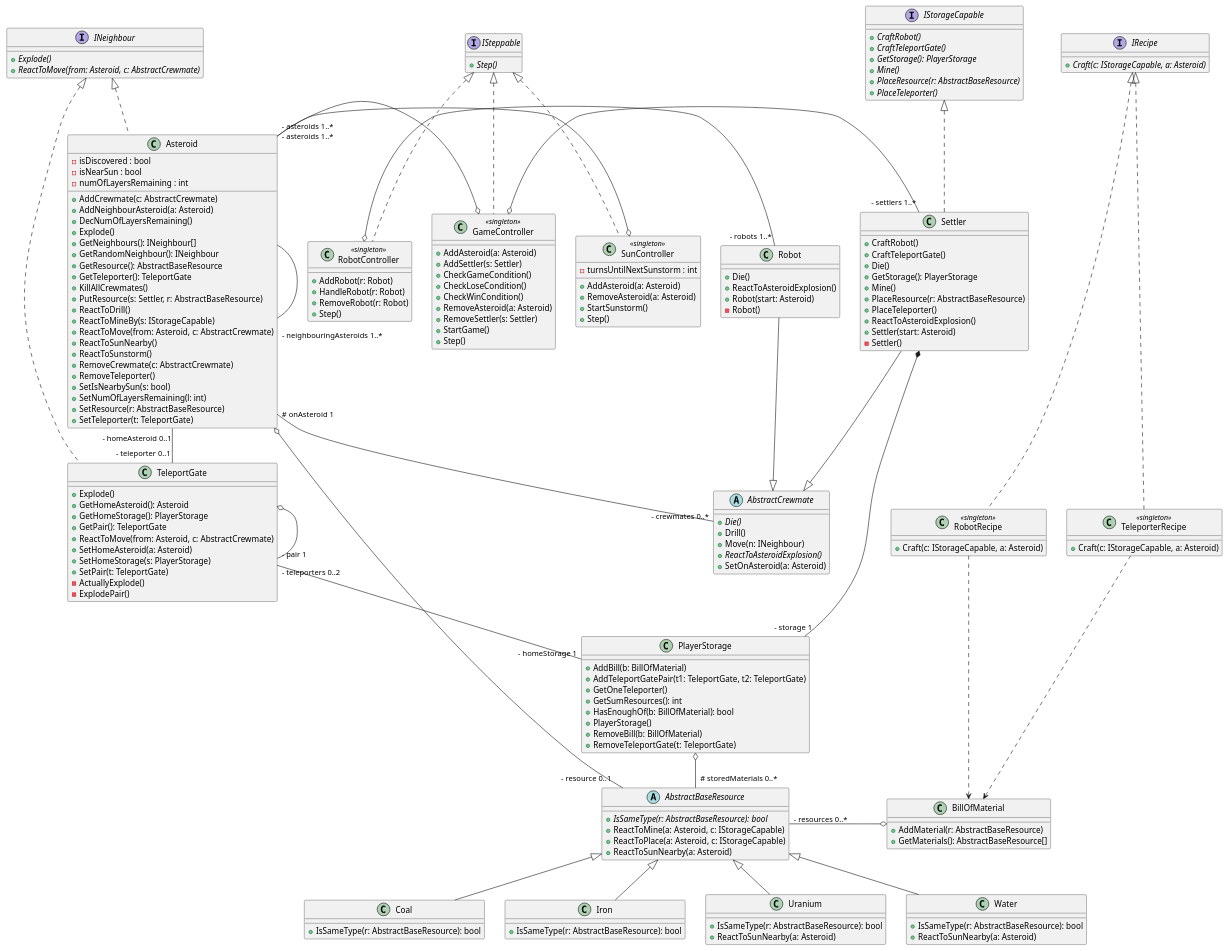
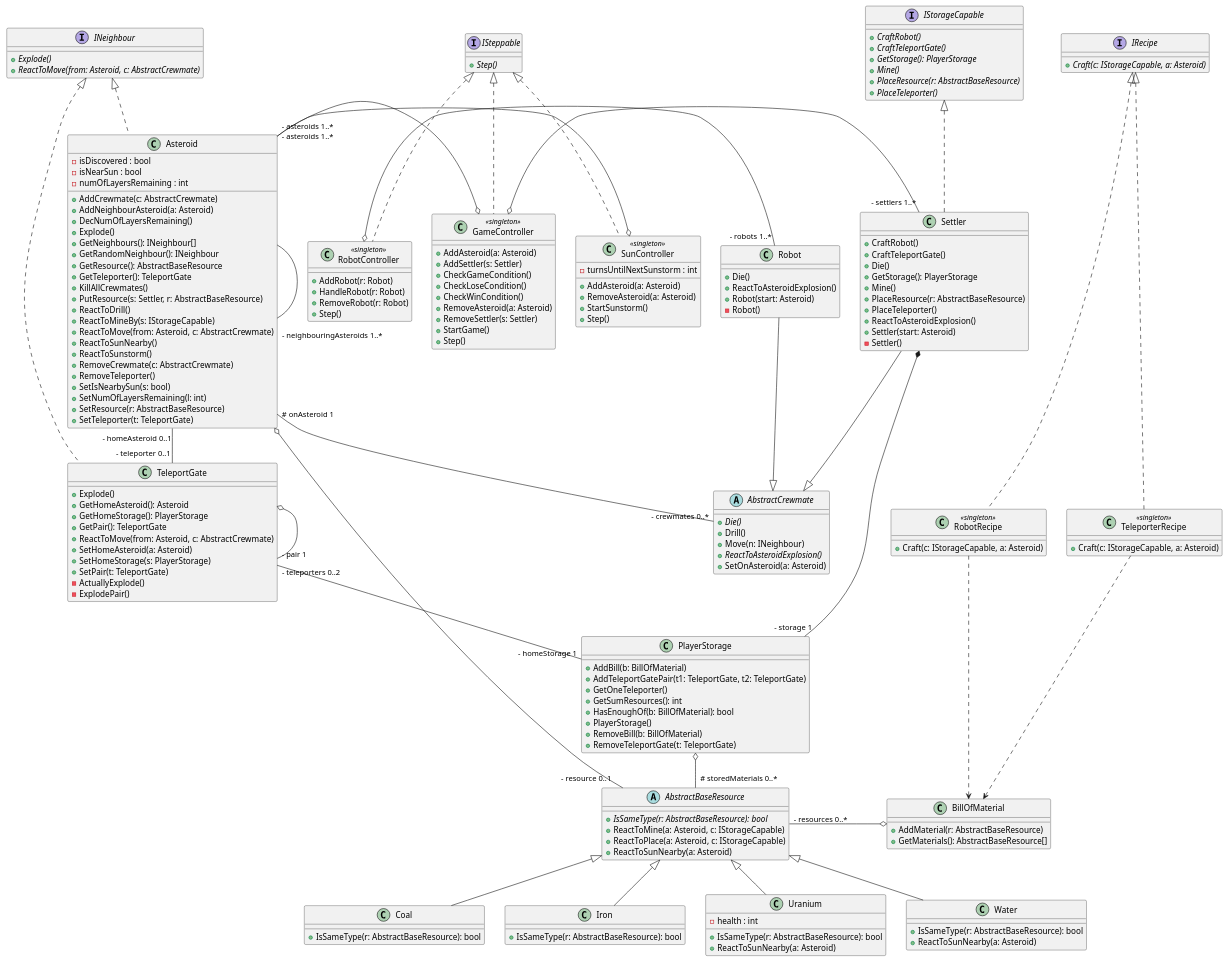
One commit to bbucsy/projlab_holy_oil changed the diagram in uml/class_diagrams/class.plantuml. Above: the diagram before and after it, drawn with PlantUML. The commit also changed 2 other files, not shown here.

Commit message:
diagrams updated

```diff
--- a/uml/class_diagrams/class.plantuml
+++ b/uml/class_diagrams/class.plantuml
@@ -151,6 +151,7 @@
 }
 
 class Uranium {
+  - health : int
   + IsSameType(r: AbstractBaseResource): bool
   + ReactToSunNearby(a: Asteroid)
 }
```
